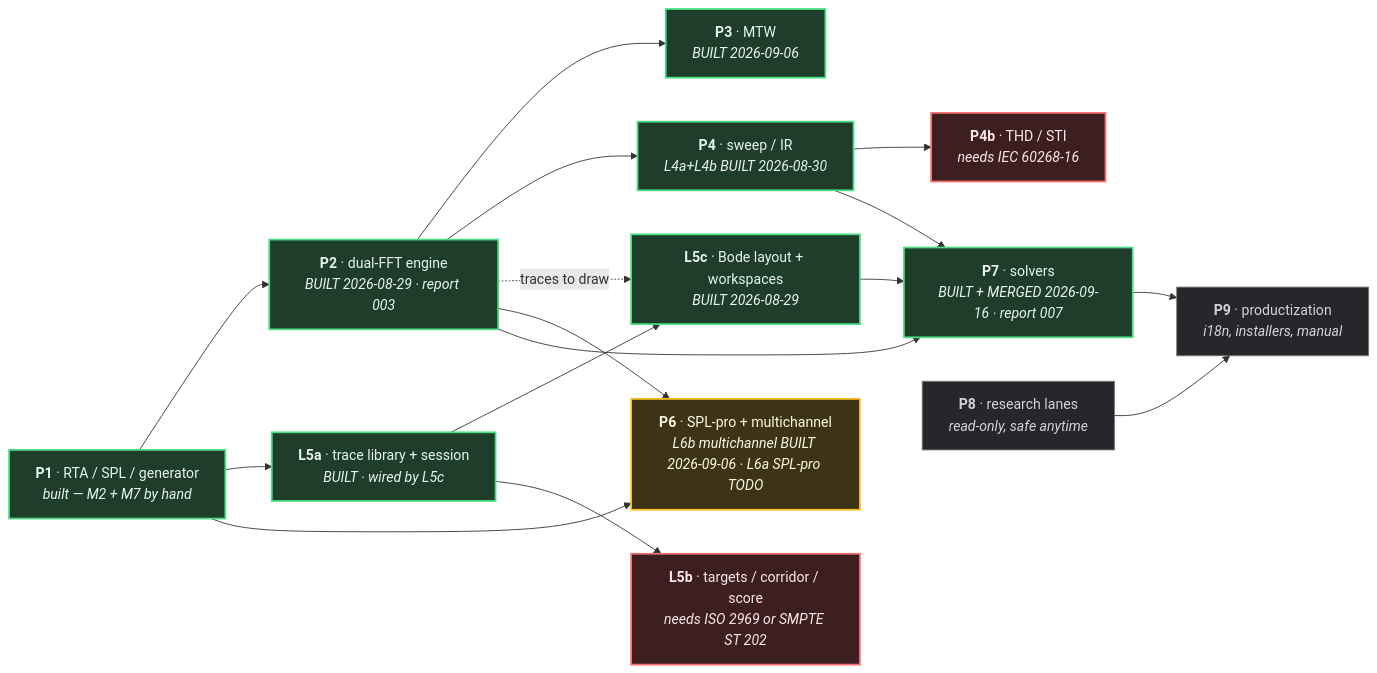
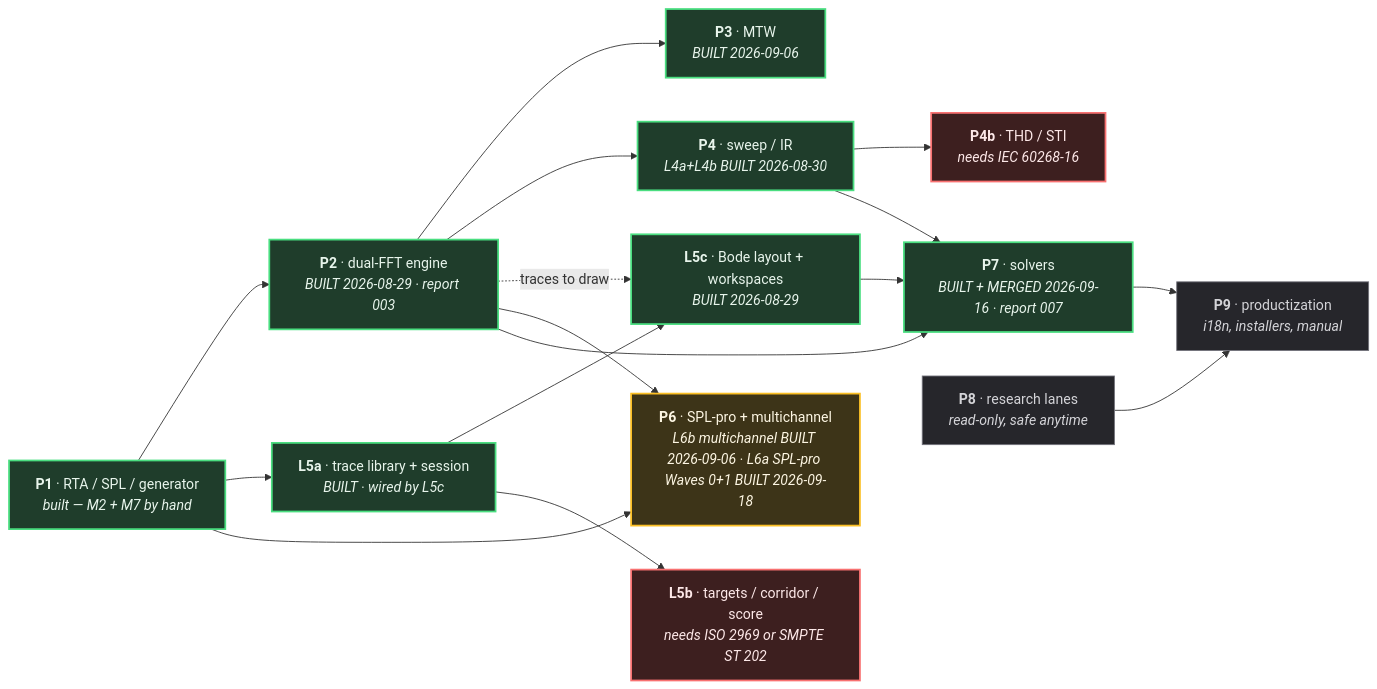
The diagram in docs/plans/MASTER-EXECUTION-PLAN.md (toanaz-ops/rta-tool), drawn with Mermaid before and after one commit. The commit also changed other lines of this file and 4 other files, not shown here.

````diff
--- a/docs/plans/MASTER-EXECUTION-PLAN.md
+++ b/docs/plans/MASTER-EXECUTION-PLAN.md
@@ -116,38 +116,38 @@
 ```mermaid
 graph LR
     P1["<b>P1</b> · RTA / SPL / generator<br/><i>built — M2 + M7 by hand</i>"]
     P2["<b>P2</b> · dual-FFT engine<br/><i>BUILT 2026-08-29 · report 003</i>"]
     P3["<b>P3</b> · MTW<br/><i>BUILT 2026-09-06</i>"]
     P4["<b>P4</b> · sweep / IR<br/><i>L4a+L4b BUILT 2026-08-30</i>"]
     P4b["<b>P4b</b> · THD / STI<br/><i>needs IEC 60268-16</i>"]
     L5a["<b>L5a</b> · trace library + session<br/><i>BUILT · wired by L5c</i>"]
     L5b["<b>L5b</b> · targets / corridor / score<br/><i>needs ISO 2969 or SMPTE ST 202</i>"]
     L5c["<b>L5c</b> · Bode layout + workspaces<br/><i>BUILT 2026-08-29</i>"]
-    P6["<b>P6</b> · SPL-pro + multichannel<br/><i>L6b multichannel BUILT 2026-09-06 · L6a SPL-pro TODO</i>"]
+    P6["<b>P6</b> · SPL-pro + multichannel<br/><i>L6b multichannel BUILT 2026-09-06 · L6a SPL-pro Waves 0+1 BUILT 2026-09-18</i>"]
     P7["<b>P7</b> · solvers<br/><i>BUILT + MERGED 2026-09-16 · report 007</i>"]
     P8["<b>P8</b> · research lanes<br/><i>read-only, safe anytime</i>"]
     P9["<b>P9</b> · productization<br/><i>i18n, installers, manual</i>"]
 
     P1 --> P2 --> P3
     P2 --> P4 --> P4b
     P1 --> L5a --> L5c
     L5a --> L5b
     P2 -.->|"traces to draw"| L5c
     P1 --> P6
     P2 --> P6
     P2 --> P7
     P4 --> P7
     L5c --> P7
     P7 --> P9
     P8 --> P9
 
     classDef done fill:#1f3d2b,stroke:#4ade80,stroke-width:2px,color:#e8f5ec
     classDef next fill:#3d3418,stroke:#fbbf24,stroke-width:2px,color:#fdf6e3
     classDef blocked fill:#3d1f1f,stroke:#f87171,stroke-width:2px,color:#fde8e8
     classDef later fill:#26262b,stroke:#71717a,stroke-width:1px,color:#d4d4d8
 
     class P1,P2,P3,P4,L5a,L5c,P7 done
     class P6 next
     class L5b,P4b blocked
     class P8,P9 later
 ```
````
